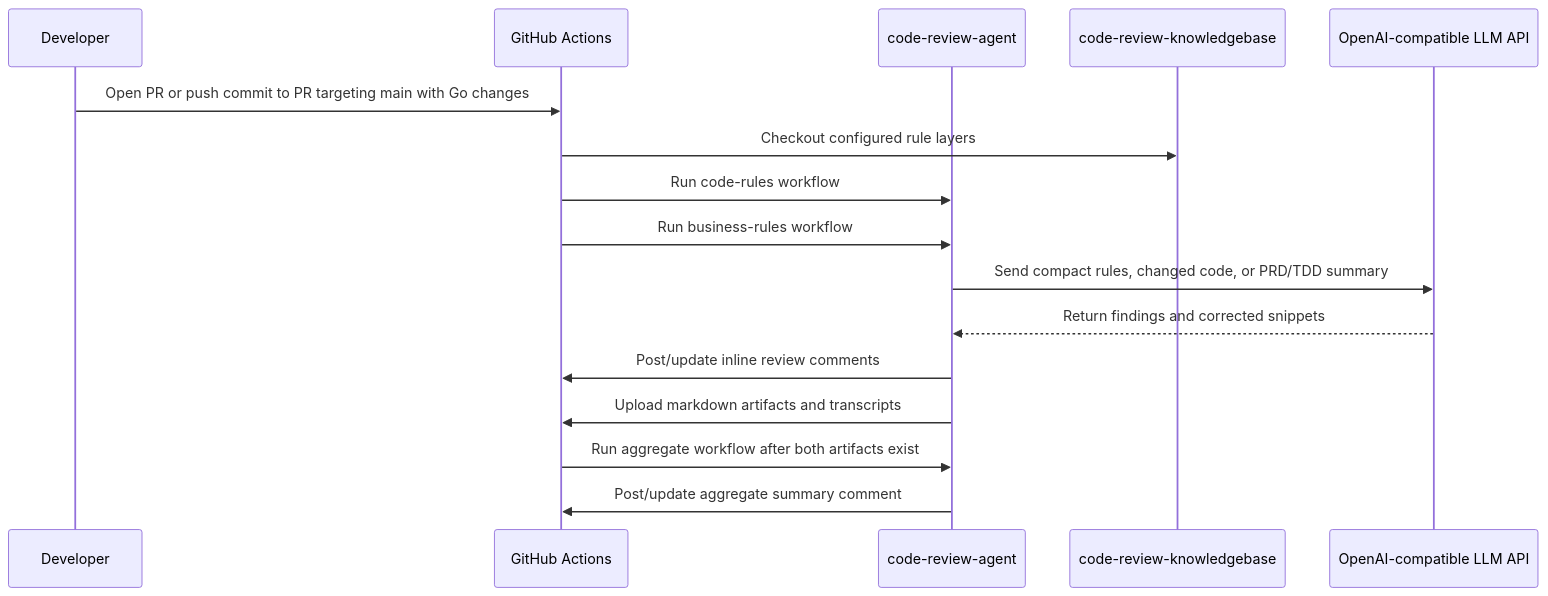
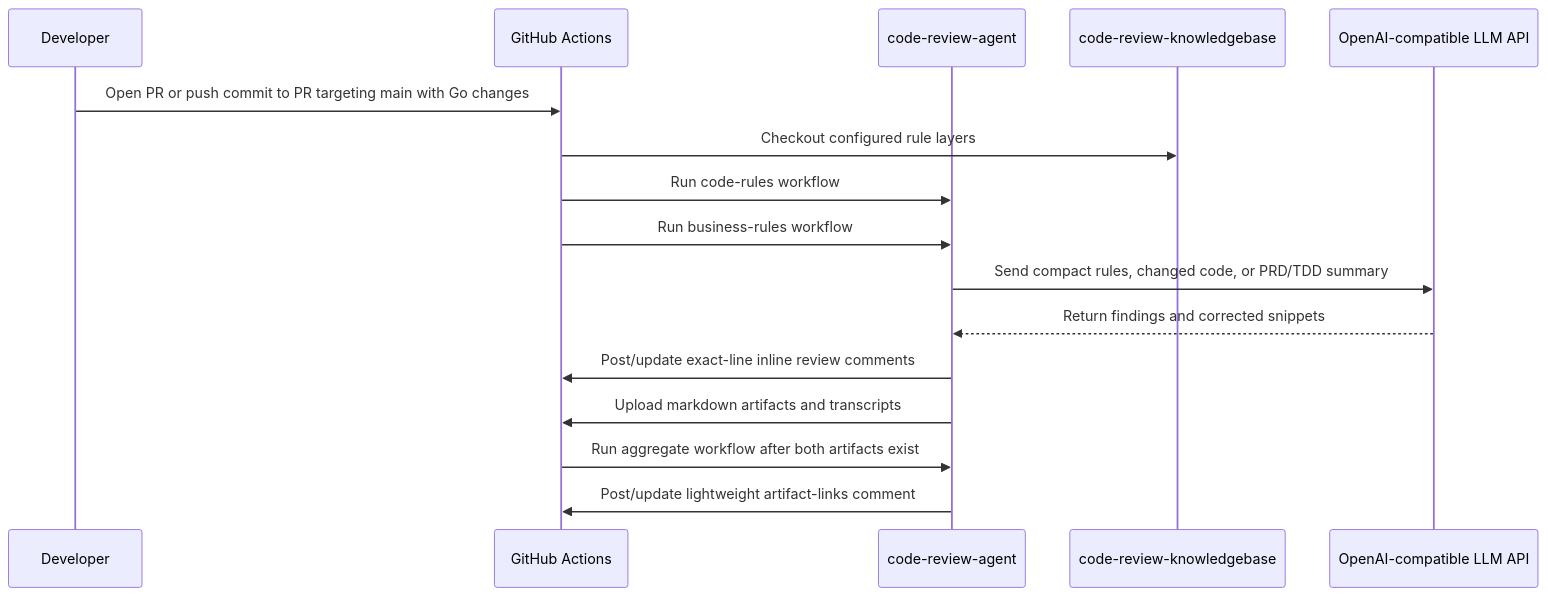
The second of 2 diagrams in README.md (laughingkid-sg/code-review-demo), drawn with Mermaid before and after one commit. The commit also changed other lines of this file and 1 other file, not shown here.

Commit message:
ci: link review artifacts from aggregate (#8)

````diff
--- a/README.md
+++ b/README.md
@@ -58,18 +58,18 @@
 ```mermaid
 sequenceDiagram
   participant Dev as Developer
   participant GH as GitHub Actions
   participant Agent as code-review-agent
   participant KB as code-review-knowledgebase
   participant LLM as OpenAI-compatible LLM API
   Dev->>GH: Open PR or push commit to PR targeting main with Go changes
   GH->>KB: Checkout configured rule layers
   GH->>Agent: Run code-rules workflow
   GH->>Agent: Run business-rules workflow
   Agent->>LLM: Send compact rules, changed code, or PRD/TDD summary
   LLM-->>Agent: Return findings and corrected snippets
-  Agent->>GH: Post/update inline review comments
+  Agent->>GH: Post/update exact-line inline review comments
   Agent->>GH: Upload markdown artifacts and transcripts
   GH->>Agent: Run aggregate workflow after both artifacts exist
-  Agent->>GH: Post/update aggregate summary comment
+  Agent->>GH: Post/update lightweight artifact-links comment
 ```
````
